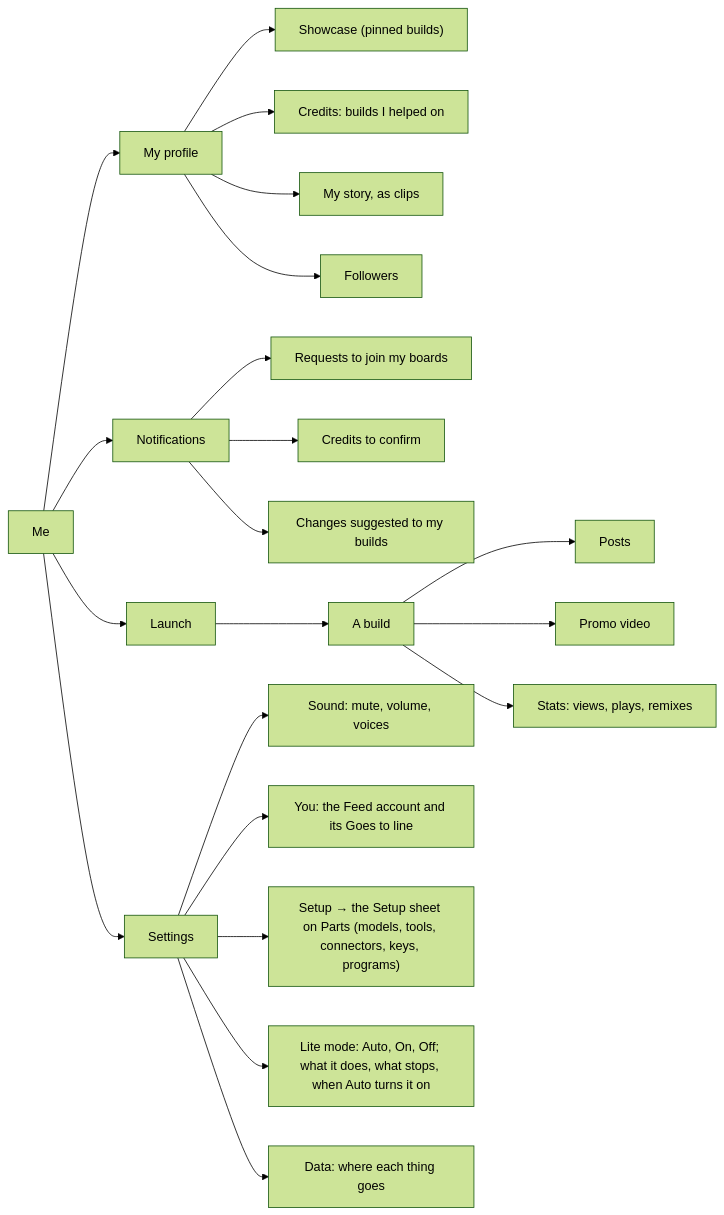
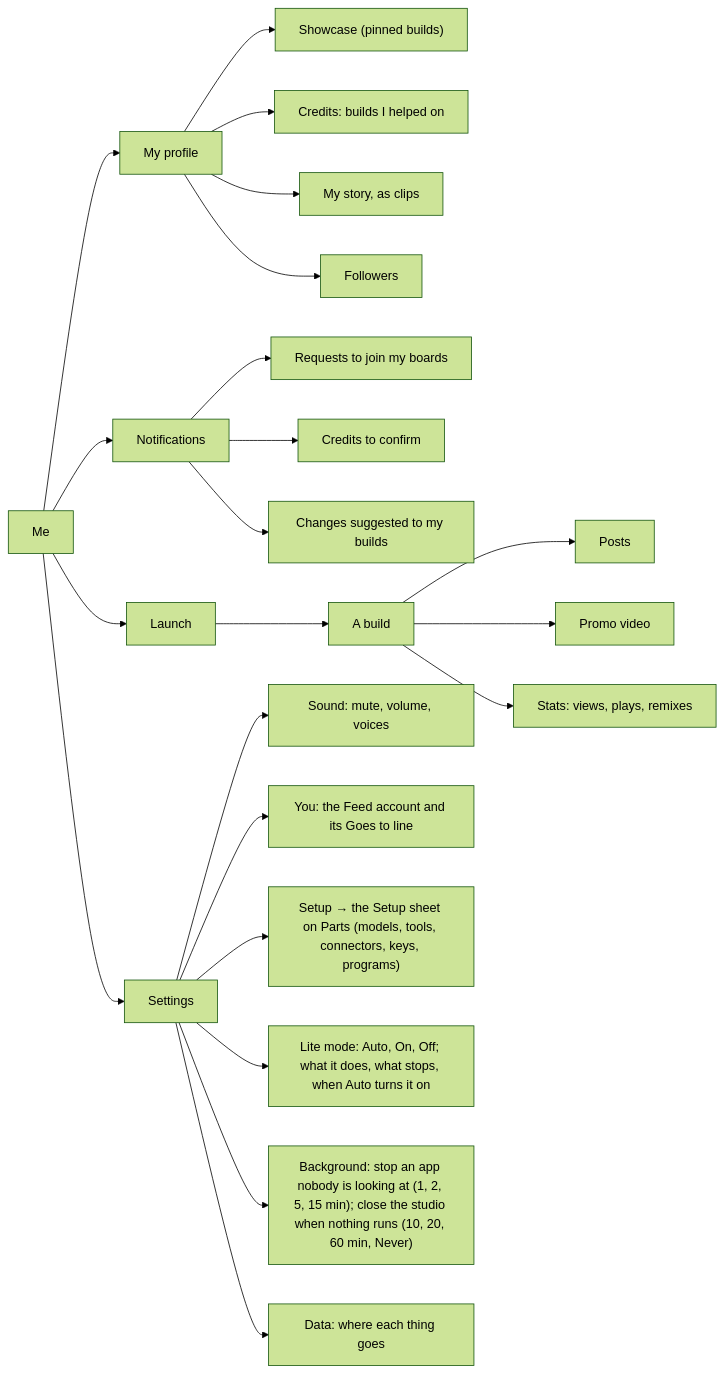
The ninth of 27 diagrams in docs/ux/SITEMAP.md (Pukujan/swarm-studio), drawn with Mermaid (forest theme) before and after one commit. The commit also changed 28 other files, not shown here.

````diff
--- a/docs/ux/SITEMAP.md
+++ b/docs/ux/SITEMAP.md
@@ -285,23 +285,24 @@
 ```mermaid
 flowchart LR
   ME[Me] --> PR[My profile]
   ME --> LA[Launch]
   ME --> NO[Notifications]
   ME --> SE[Settings]
   PR --> PR1["Showcase (pinned builds)"]
   PR --> PR2["Credits: builds I helped on"]
   PR --> PR3["My story, as clips"]
   PR --> PR4[Followers]
   NO --> NO1["Requests to join my boards"]
   NO --> NO2["Credits to confirm"]
   NO --> NO3["Changes suggested to my builds"]
   LA --> LA1[A build]
   LA1 --> LA2[Posts]
   LA1 --> LA3[Promo video]
   LA1 --> LA4["Stats: views, plays, remixes"]
   SE --> SE1["Sound: mute, volume, voices"]
   SE --> SE11["You: the Feed account and its Goes to line"]
   SE --> SE12["Setup → the Setup sheet on Parts (models, tools, connectors, keys, programs)"]
   SE --> SE13["Lite mode: Auto, On, Off; what it does, what stops, when Auto turns it on"]
+  SE --> SE14["Background: stop an app nobody is looking at (1, 2, 5, 15 min); close the studio when nothing runs (10, 20, 60 min, Never)"]
   SE --> SE9["Data: where each thing goes"]
 ```
````
